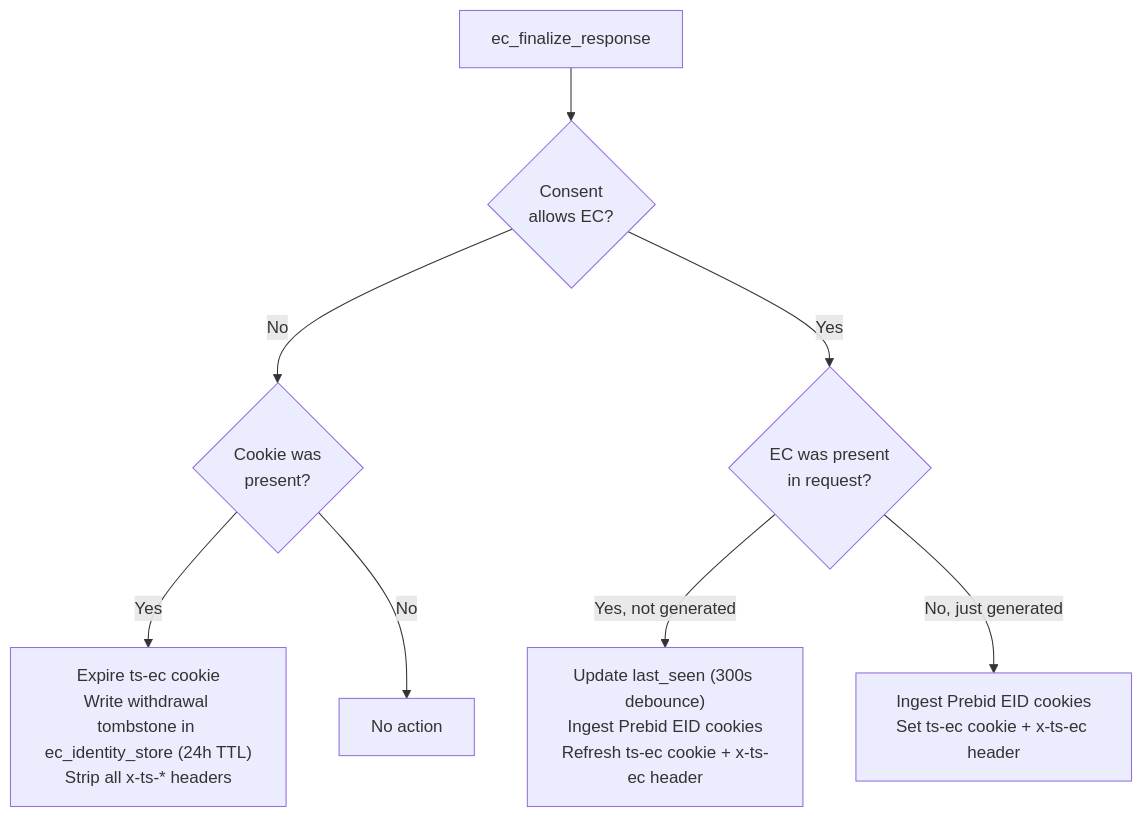
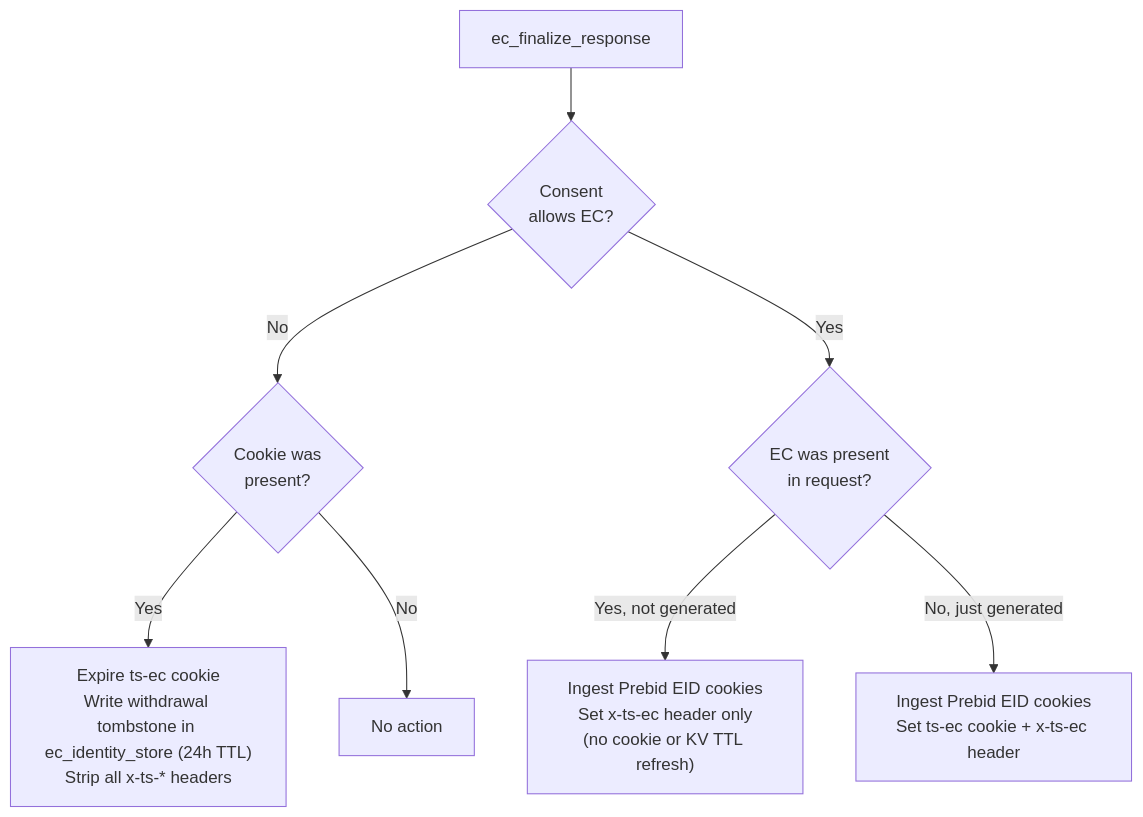
Before and after one commit to IABTechLab/trusted-server: the second of 5 diagrams in docs/guide/edge-cookies.md, drawn with Mermaid. The commit also changed other lines of this file and 15 other files, not shown here.

````diff
--- a/docs/guide/edge-cookies.md
+++ b/docs/guide/edge-cookies.md
@@ -56,12 +55,12 @@
 ```mermaid
 flowchart TD
     Start[ec_finalize_response] --> ConsentCheck{Consent<br/>allows EC?}
 
     ConsentCheck -- "No" --> CookiePresent{Cookie was<br/>present?}
     CookiePresent -- "Yes" --> Withdraw["Expire ts-ec cookie<br/>Write withdrawal tombstone in ec_identity_store (24h TTL)<br/>Strip all x-ts-* headers"]
     CookiePresent -- "No" --> NoOp[No action]
 
     ConsentCheck -- "Yes" --> WasPresent{EC was present<br/>in request?}
-    WasPresent -- "Yes, not generated" --> Returning["Update last_seen (300s debounce)<br/>Ingest Prebid EID cookies<br/>Refresh ts-ec cookie + x-ts-ec header"]
+    WasPresent -- "Yes, not generated" --> Returning["Ingest Prebid EID cookies<br/>Set x-ts-ec header only<br/>(no cookie or KV TTL refresh)"]
     WasPresent -- "No, just generated" --> NewEc["Ingest Prebid EID cookies<br/>Set ts-ec cookie + x-ts-ec header"]
 ```
````
